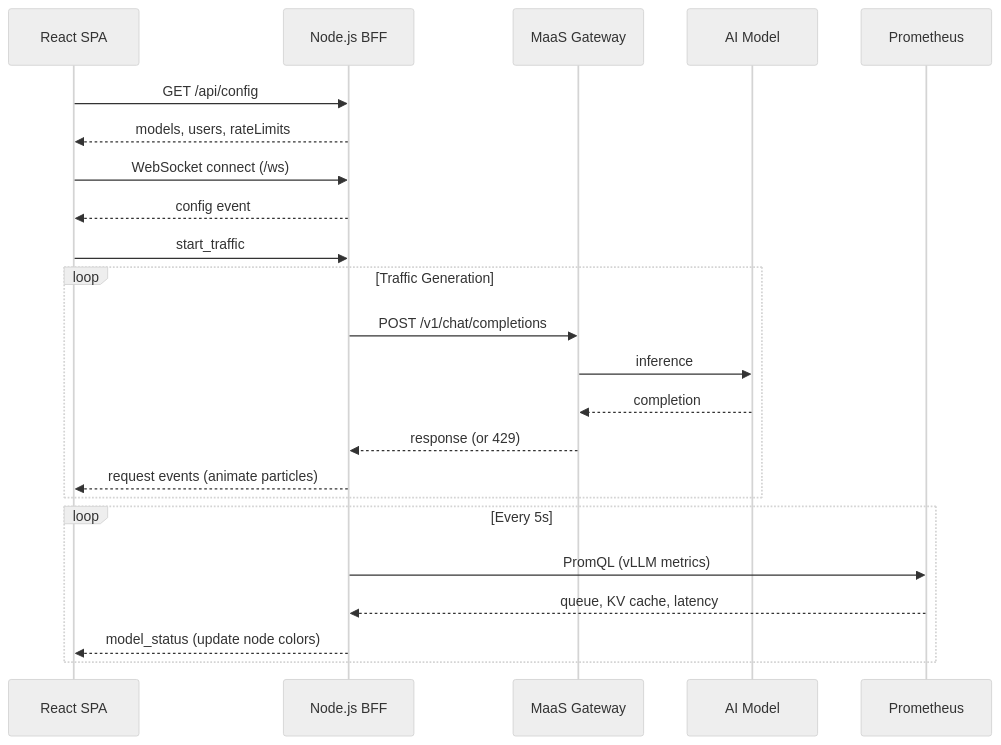
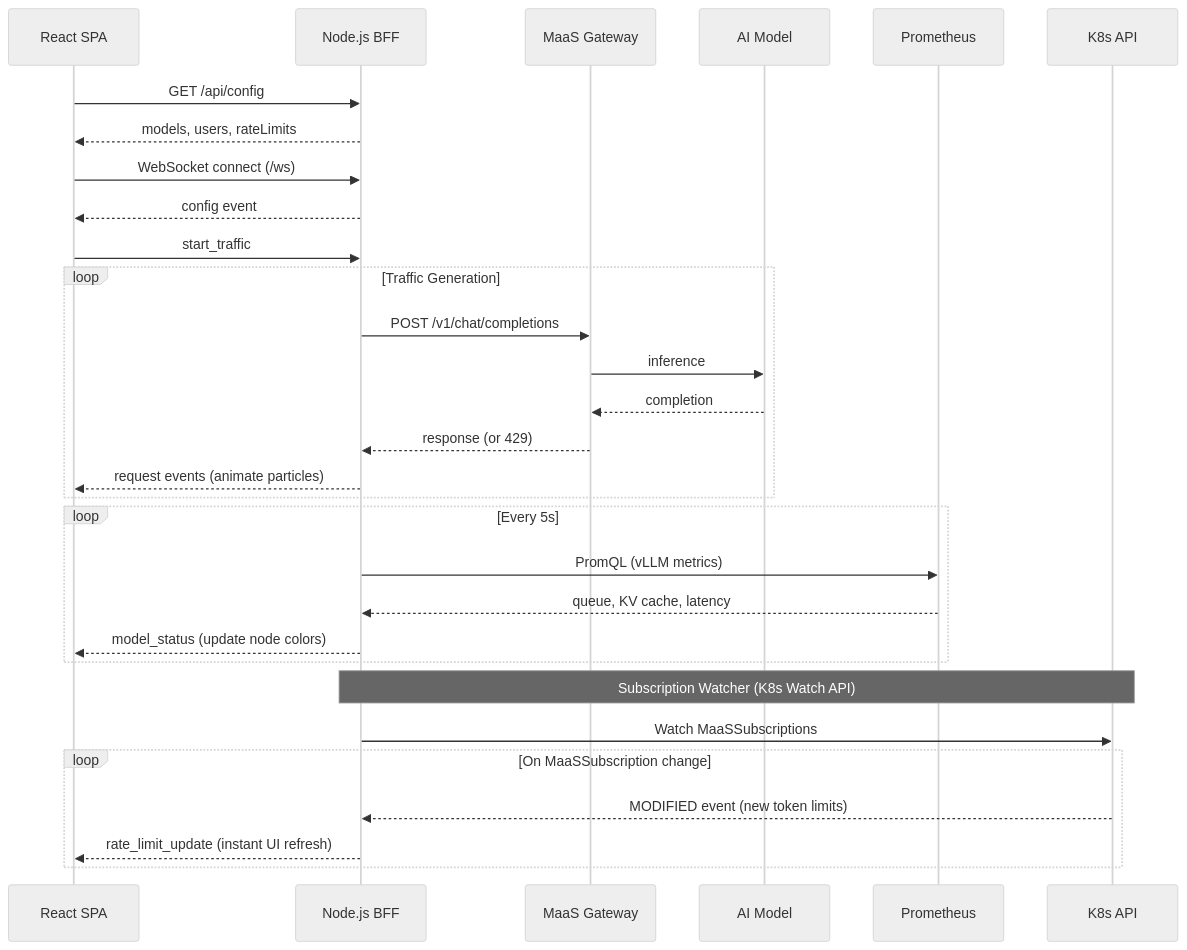
One commit to Sheryl-shiyi/maas-pulse changed the second of 2 diagrams in README.md. Above: the diagram before and after it, drawn with Mermaid (neutral theme). The commit also changed other lines of this file and 14 other files, not shown here.

First line of the commit message:
Add K8s Watch for per-model dynamic rate limits and fix 429 handling

````diff
--- a/README.md
+++ b/README.md
@@ -111,30 +113,38 @@
 ```mermaid
 sequenceDiagram
     participant Browser as React SPA
     participant BFF as Node.js BFF
     participant MaaS as MaaS Gateway
     participant Model as AI Model
     participant Prom as Prometheus
+    participant K8s as K8s API
 
     Browser->>BFF: GET /api/config
     BFF-->>Browser: models, users, rateLimits
 
     Browser->>BFF: WebSocket connect (/ws)
     BFF-->>Browser: config event
 
     Browser->>BFF: start_traffic
 
     loop Traffic Generation
         BFF->>MaaS: POST /v1/chat/completions
         MaaS->>Model: inference
         Model-->>MaaS: completion
         MaaS-->>BFF: response (or 429)
         BFF-->>Browser: request events (animate particles)
     end
 
     loop Every 5s
         BFF->>Prom: PromQL (vLLM metrics)
         Prom-->>BFF: queue, KV cache, latency
         BFF-->>Browser: model_status (update node colors)
     end
+
+    Note over BFF,K8s: Subscription Watcher (K8s Watch API)
+    BFF->>K8s: Watch MaaSSubscriptions
+    loop On MaaSSubscription change
+        K8s-->>BFF: MODIFIED event (new token limits)
+        BFF-->>Browser: rate_limit_update (instant UI refresh)
+    end
 ```
````
